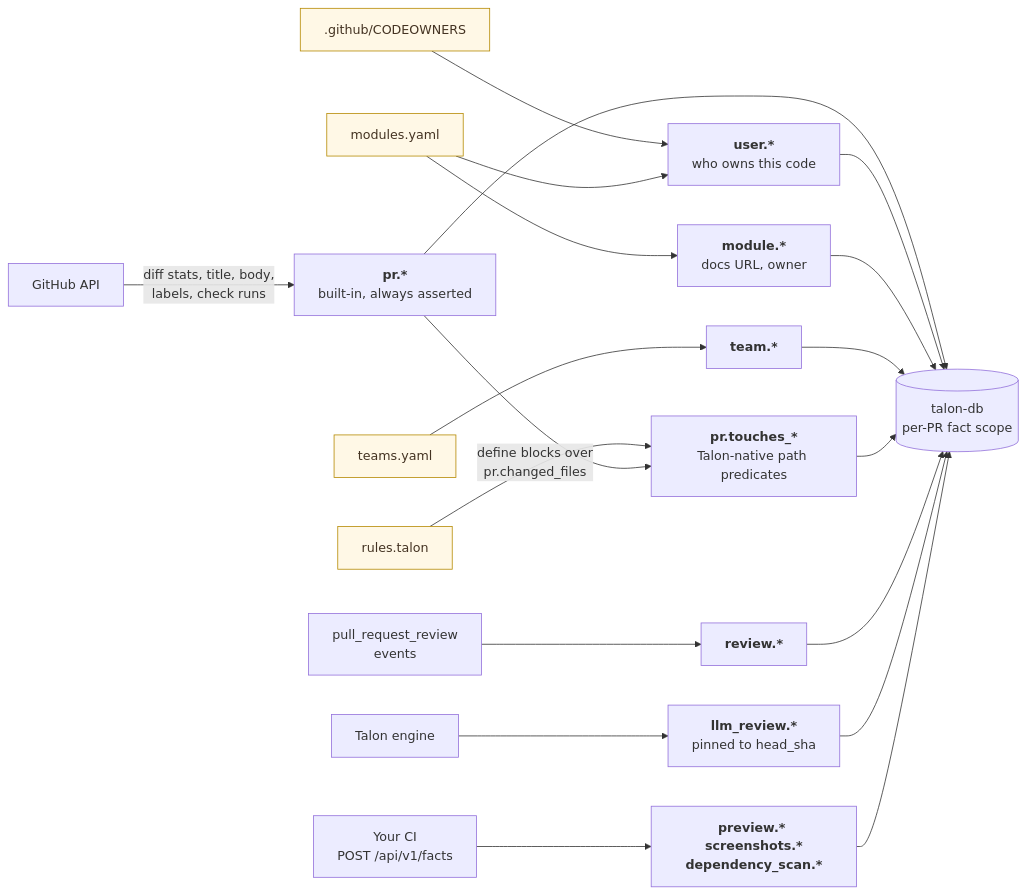
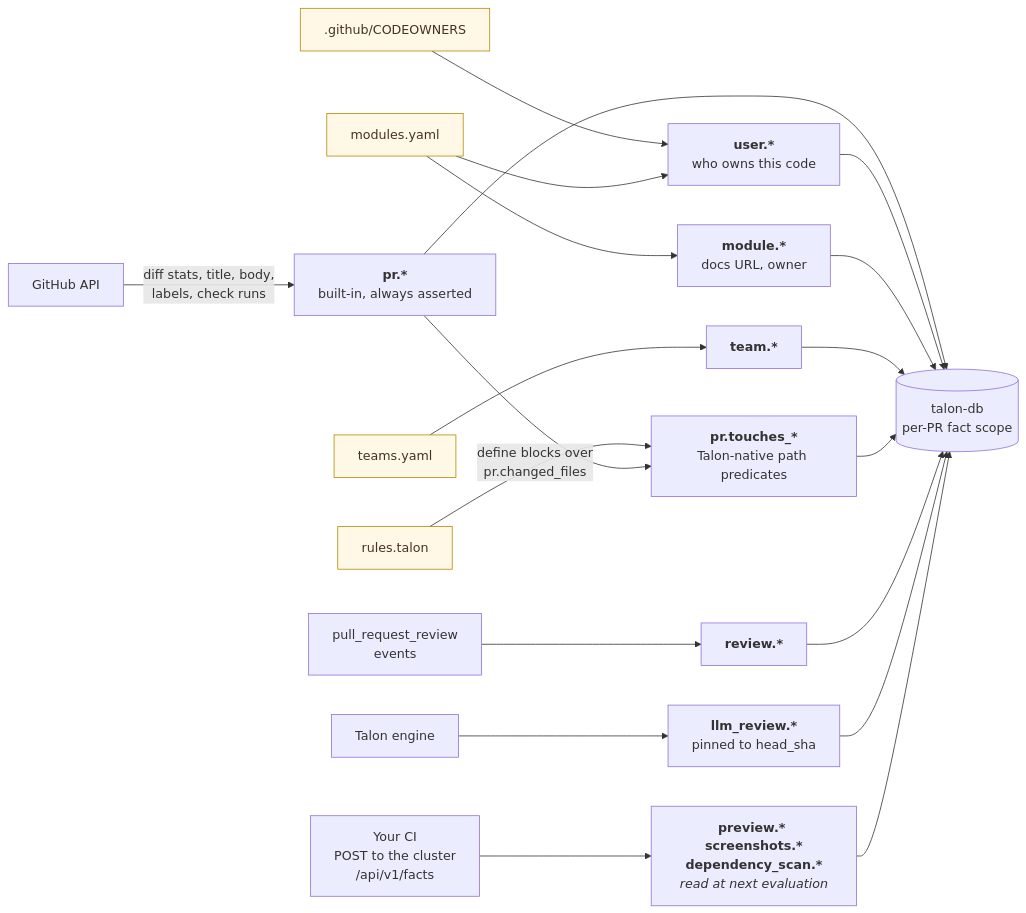
Before and after one commit to opentalon/talooner: the tenth of 10 diagrams in diagrams.md, drawn with Mermaid. The commit also changed other lines of this file and 7 other files, not shown here.

````diff
--- a/diagrams.md
+++ b/diagrams.md
@@ -443,25 +468,25 @@
 ```mermaid
 flowchart LR
     GHAPI["GitHub API"] -->|"diff stats, title, body,<br/>labels, check runs"| PRF["<b>pr.*</b><br/>built-in, always asserted"]
     CO[".github/CODEOWNERS"] --> USR["<b>user.*</b><br/>who owns this code"]
     MOD["modules.yaml"] --> USR
     MOD --> MODF["<b>module.*</b><br/>docs URL, owner"]
     TEAMS["teams.yaml"] --> TF["<b>team.*</b>"]
     RULES["rules.talon"] -->|"define blocks over<br/>pr.changed_files"| TOUCH["<b>pr.touches_*</b><br/>Talon-native path predicates"]
     PRF --> TOUCH
     REV["pull_request_review<br/>events"] --> REVF["<b>review.*</b>"]
     ENGINE["Talon engine"] --> LLMF["<b>llm_review.*</b><br/>pinned to head_sha"]
-    YOURCI["Your CI<br/>POST /api/v1/facts"] --> CUSTOM["<b>preview.* screenshots.*<br/>dependency_scan.*</b>"]
+    YOURCI["Your CI<br/>POST to the cluster<br/>/api/v1/facts"] --> CUSTOM["<b>preview.* screenshots.*<br/>dependency_scan.*</b><br/><i>read at next evaluation</i>"]
 
     PRF --> STORE[("talon-db<br/>per-PR fact scope")]
     USR --> STORE
     MODF --> STORE
     TF --> STORE
     TOUCH --> STORE
     REVF --> STORE
     LLMF --> STORE
     CUSTOM --> STORE
 
     classDef repo fill:#fff8e6,stroke:#b58900,color:#432
     class CO,MOD,TEAMS,RULES repo
 ```
````
